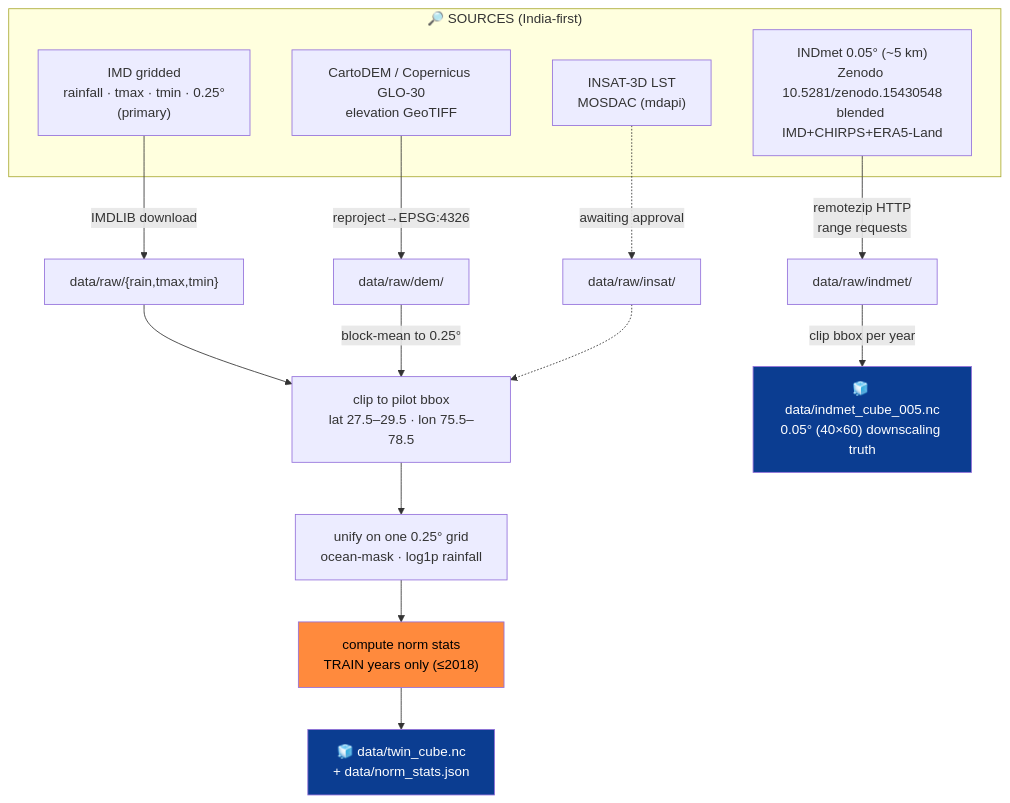
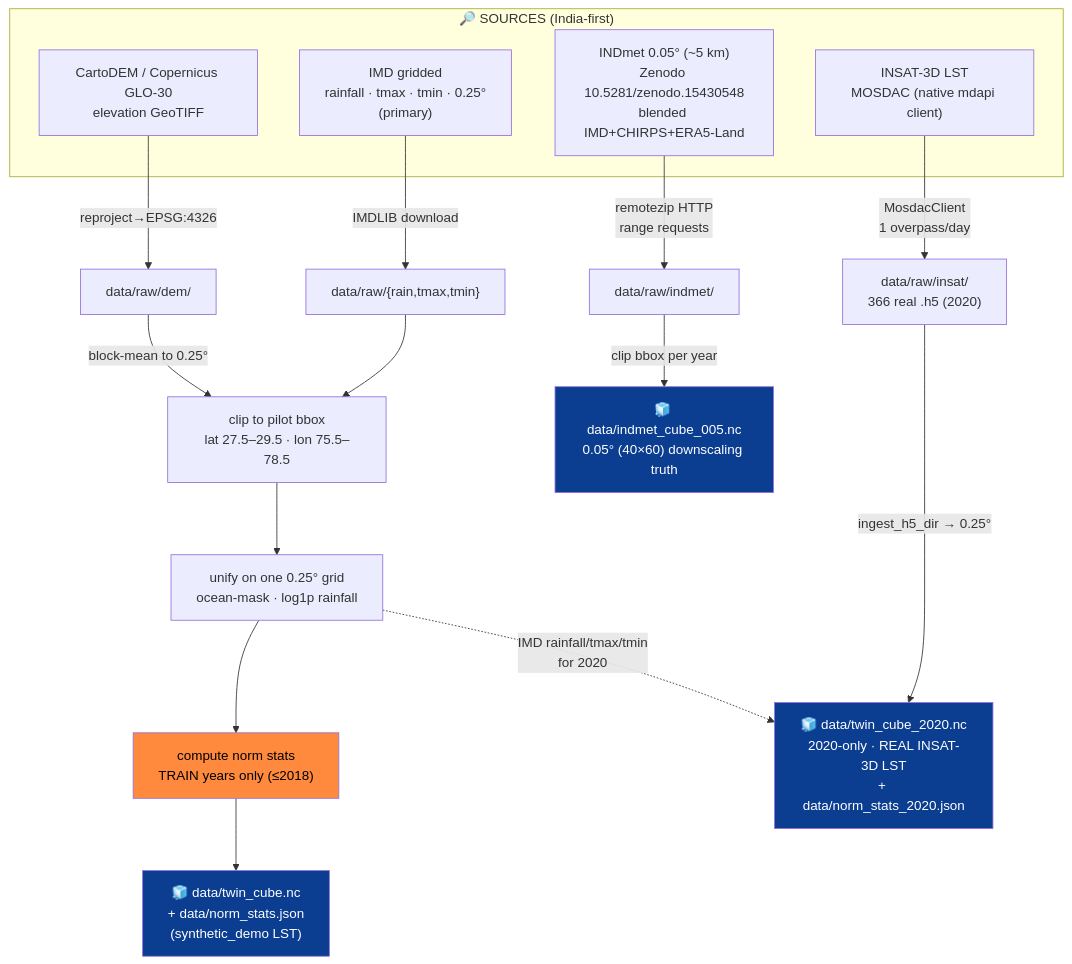
The first of 3 diagrams in docs/datasets.md (ayushap18/climatwin-india), drawn with Mermaid before and after one commit. The commit also changed other lines of this file and 9 other files, not shown here.

First line of the commit message:
docs: document the INSAT-3D/MOSDAC real-data regime, 3D terrain, and source-aware twin

````diff
--- a/docs/datasets.md
+++ b/docs/datasets.md
@@ -11,27 +12,30 @@
 ```mermaid
 flowchart TD
     subgraph SRC["🔎 SOURCES (India-first)"]
         S1["IMD gridded<br/>rainfall · tmax · tmin · 0.25°<br/>(primary)"]
         S2["INDmet 0.05° (~5 km)<br/>Zenodo 10.5281/zenodo.15430548<br/>blended IMD+CHIRPS+ERA5-Land"]
         S3["CartoDEM / Copernicus GLO-30<br/>elevation GeoTIFF"]
-        S4["INSAT-3D LST<br/>MOSDAC (mdapi)"]
+        S4["INSAT-3D LST<br/>MOSDAC (native mdapi client)"]
     end
 
     S1 -->|IMDLIB download| D1["data/raw/{rain,tmax,tmin}"]
     S2 -->|remotezip HTTP<br/>range requests| D2["data/raw/indmet/"]
     S3 -->|reproject→EPSG:4326| D3["data/raw/dem/"]
-    S4 -.awaiting approval.-> D4["data/raw/insat/"]
+    S4 -->|MosdacClient<br/>1 overpass/day| D4["data/raw/insat/<br/>366 real .h5 (2020)"]
 
     D1 --> CLIP["clip to pilot bbox<br/>lat 27.5–29.5 · lon 75.5–78.5"]
     D3 -->|block-mean to 0.25°| CLIP
-    D4 -.-> CLIP
     CLIP --> UNIFY["unify on one 0.25° grid<br/>ocean-mask · log1p rainfall"]
     UNIFY --> SPLITN["compute norm stats<br/>TRAIN years only (≤2018)"]
-    SPLITN --> CUBE["🧊 data/twin_cube.nc<br/>+ data/norm_stats.json"]
+    SPLITN --> CUBE["🧊 data/twin_cube.nc<br/>+ data/norm_stats.json<br/>(synthetic_demo LST)"]
 
     D2 -->|clip bbox per year| FINE["🧊 data/indmet_cube_005.nc<br/>0.05° (40×60) downscaling truth"]
 
+    D4 -->|ingest_h5_dir → 0.25°| C2020["🧊 data/twin_cube_2020.nc<br/>2020-only · REAL INSAT-3D LST<br/>+ data/norm_stats_2020.json"]
+    UNIFY -.IMD rainfall/tmax/tmin<br/>for 2020.-> C2020
+
     style CUBE fill:#0b3d91,color:#fff
     style FINE fill:#0b3d91,color:#fff
+    style C2020 fill:#0b3d91,color:#fff
     style SPLITN fill:#ff8a3d,color:#000
 ```
````
